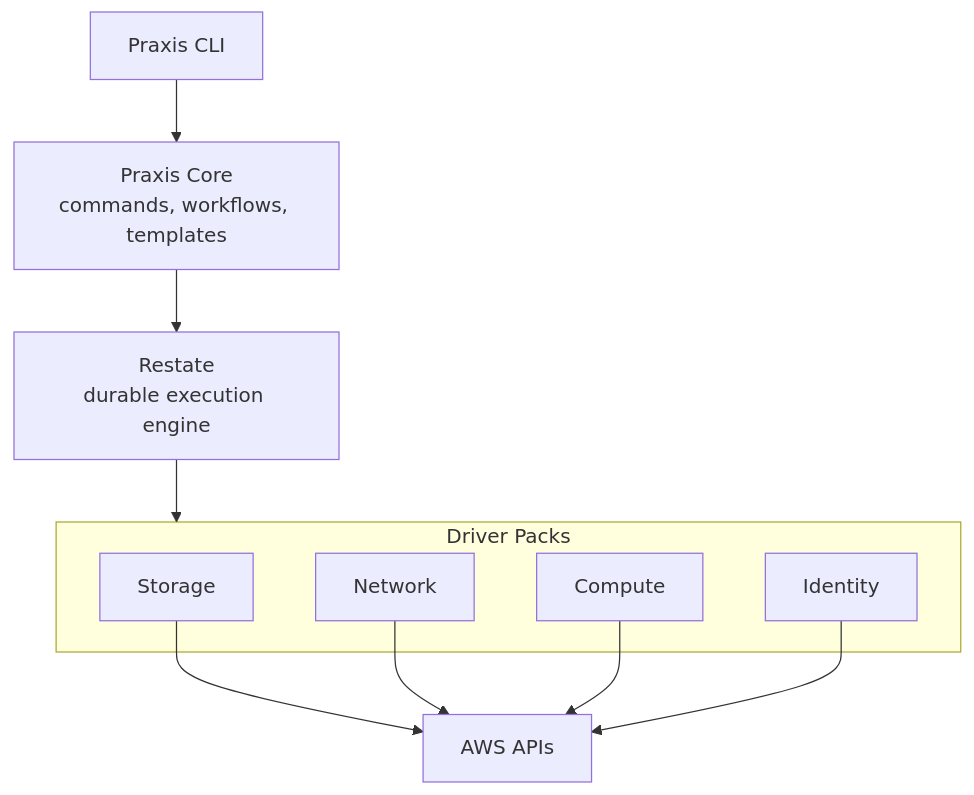
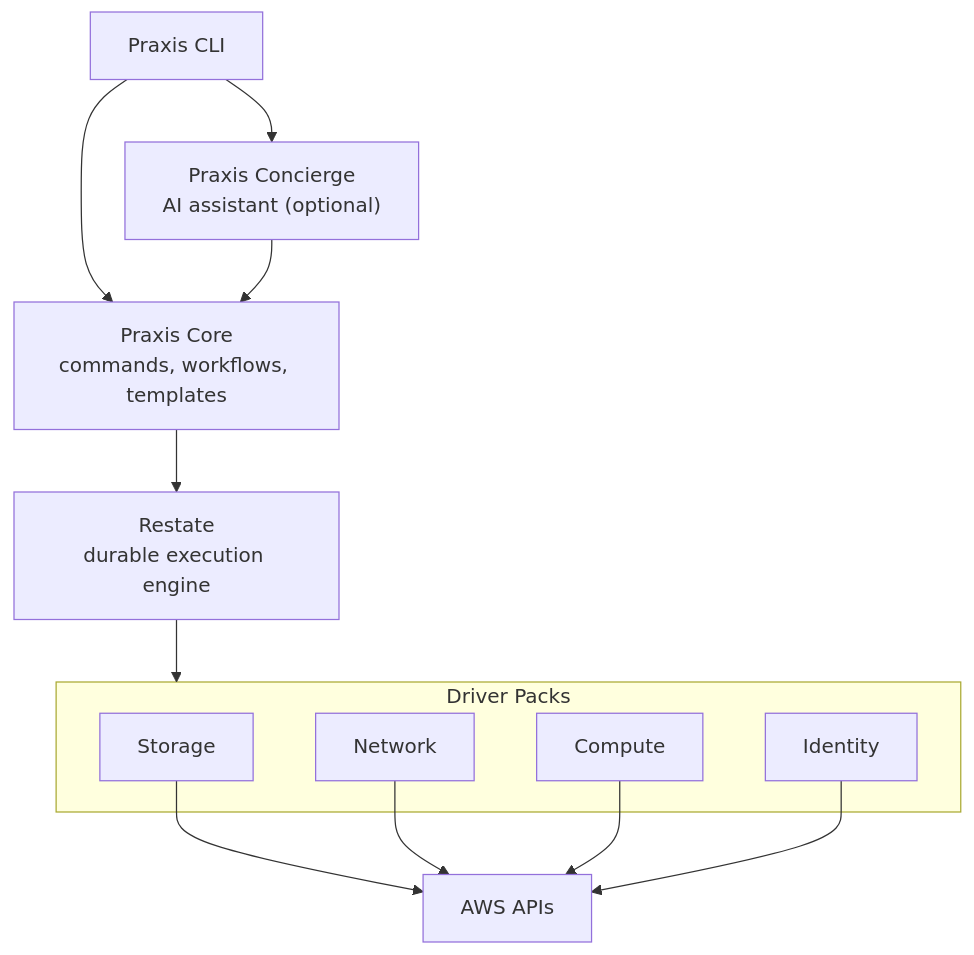
Before and after one commit to shirvan/praxis: the diagram in README.md, drawn with Mermaid. The commit also changed other lines of this file and 42 other files, not shown here.

````diff
--- a/README.md
+++ b/README.md
@@ -15,18 +15,20 @@
 ```mermaid
 graph TD
     CLI["Praxis CLI"] --> Core["Praxis Core<br/>commands, workflows, templates"]
+    CLI --> Concierge["Praxis Concierge<br/>AI assistant (optional)"]
+    Concierge --> Core
     Core --> Restate["Restate<br/>durable execution engine"]
     Restate --> Drivers
 
     subgraph Drivers["Driver Packs"]
         Storage
         Network
         Compute
         Identity
     end
 
     Storage --> AWS["AWS APIs"]
     Network --> AWS
     Compute --> AWS
     Identity --> AWS
 ```
````
